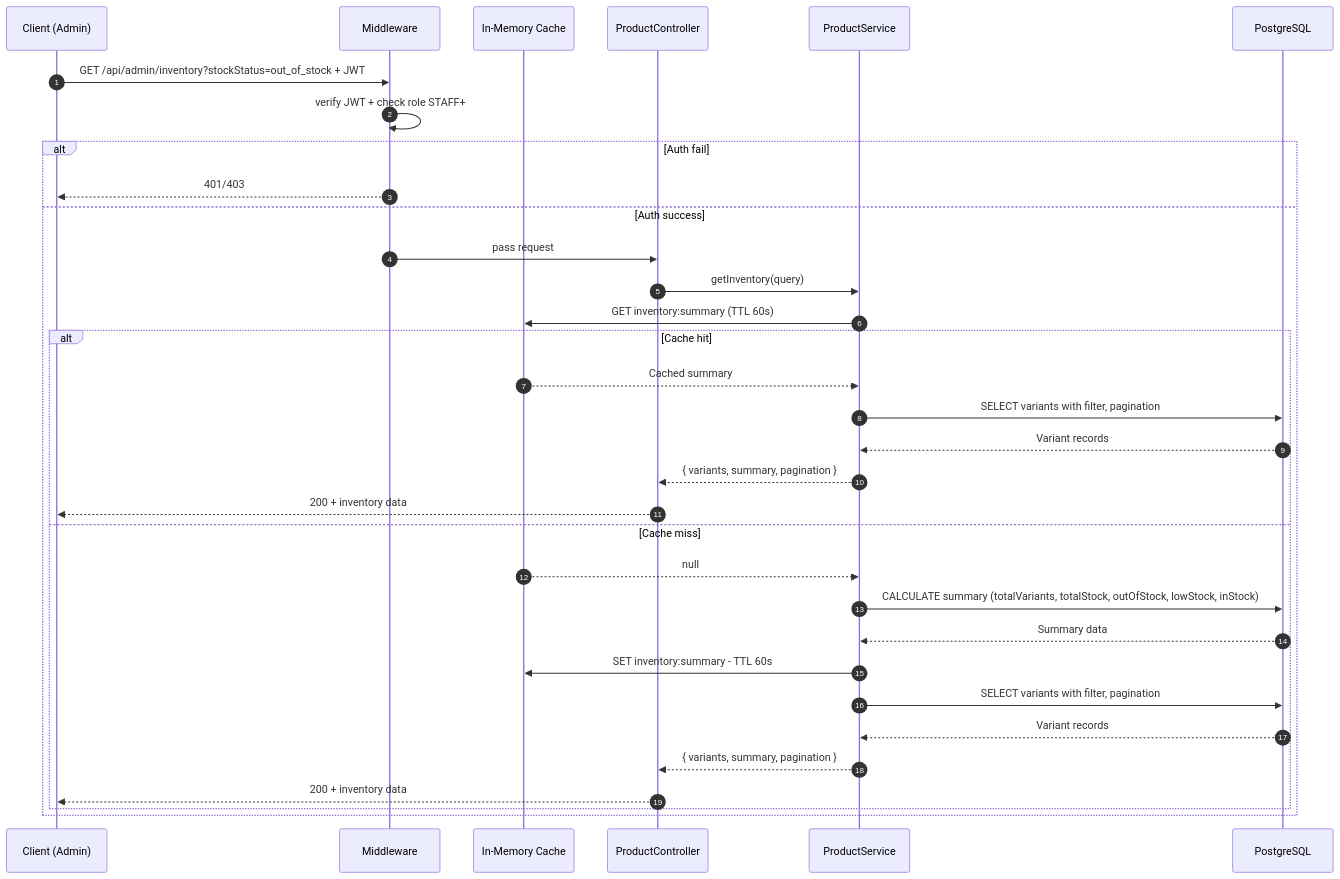
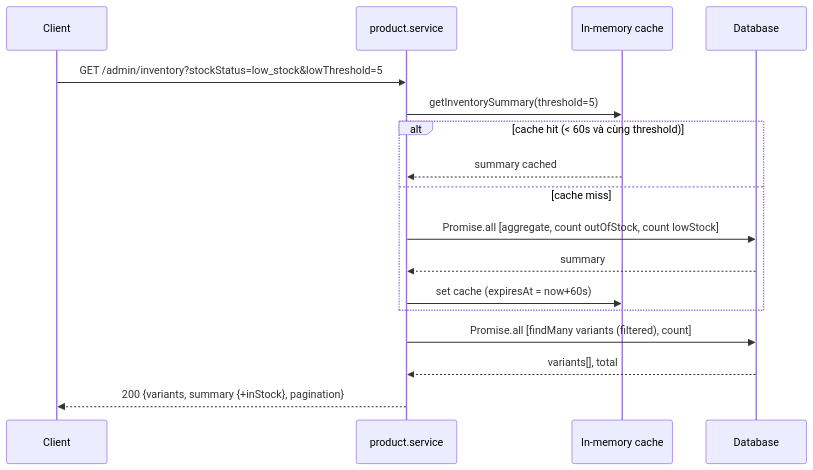
One commit to phamvinh203/mobivexa changed the seventh of 7 diagrams in docs/Product/SequenceDiagram.md. Above: the diagram before and after it, drawn with Mermaid. The commit also changed other lines of this file and 79 other files, not shown here.

Commit message:
📜 Add documentation for Inventory and Favorite modules including Use Cases, API Specifications, and Activity Diagrams

````diff
--- a/docs/Product/SequenceDiagram.md
+++ b/docs/Product/SequenceDiagram.md
@@ -500,36 +148,20 @@
 ```mermaid
 sequenceDiagram
-    autonumber
-    participant C as Client (Admin)
-    participant M as Middleware
-    participant Cache as In-Memory Cache
-    participant API as ProductController
-    participant S as ProductService
-    participant DB as PostgreSQL
+    participant C as Client
+    participant S as product.service
+    participant Cache as In-memory cache
+    participant DB as Database
 
-    C->>M: GET /api/admin/inventory?stockStatus=out_of_stock + JWT
-    M->>M: verify JWT + check role STAFF+
-    alt Auth fail
-        M-->>C: 401/403
-    else Auth success
-        M->>API: pass request
-        API->>S: getInventory(query)
-        S->>Cache: GET inventory:summary (TTL 60s)
-        alt Cache hit
-            Cache-->>S: Cached summary
-            S->>DB: SELECT variants with filter, pagination
-            DB-->>S: Variant records
-            S-->>API: { variants, summary, pagination }
-            API-->>C: 200 + inventory data
-        else Cache miss
-            Cache-->>S: null
-            S->>DB: CALCULATE summary (totalVariants, totalStock, outOfStock, lowStock, inStock)
-            DB-->>S: Summary data
-            S->>Cache: SET inventory:summary - TTL 60s
-            S->>DB: SELECT variants with filter, pagination
-            DB-->>S: Variant records
-            S-->>API: { variants, summary, pagination }
-            API-->>C: 200 + inventory data
-        end
+    C->>S: GET /admin/inventory?stockStatus=low_stock&lowThreshold=5
+    S->>Cache: getInventorySummary(threshold=5)
+    alt cache hit (< 60s và cùng threshold)
+        Cache-->>S: summary cached
+    else cache miss
+        S->>DB: Promise.all [aggregate, count outOfStock, count lowStock]
+        DB-->>S: summary
+        S->>Cache: set cache (expiresAt = now+60s)
     end
+    S->>DB: Promise.all [findMany variants (filtered), count]
+    DB-->>S: variants[], total
+    S-->>C: 200 {variants, summary {+inStock}, pagination}
 ```
````
